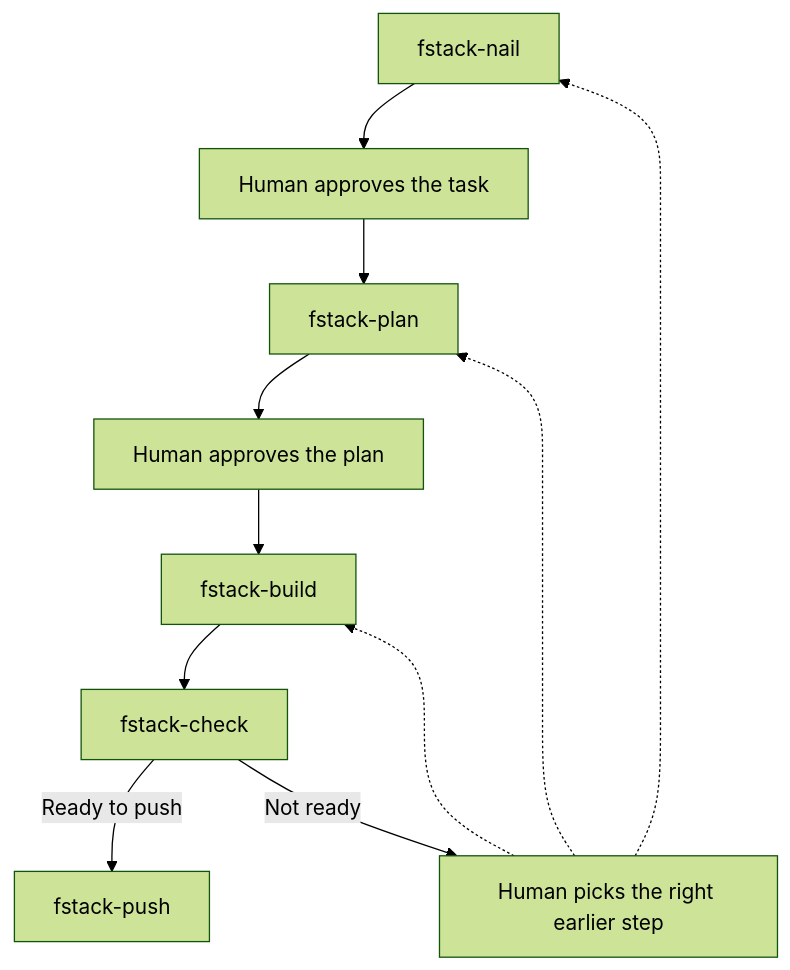
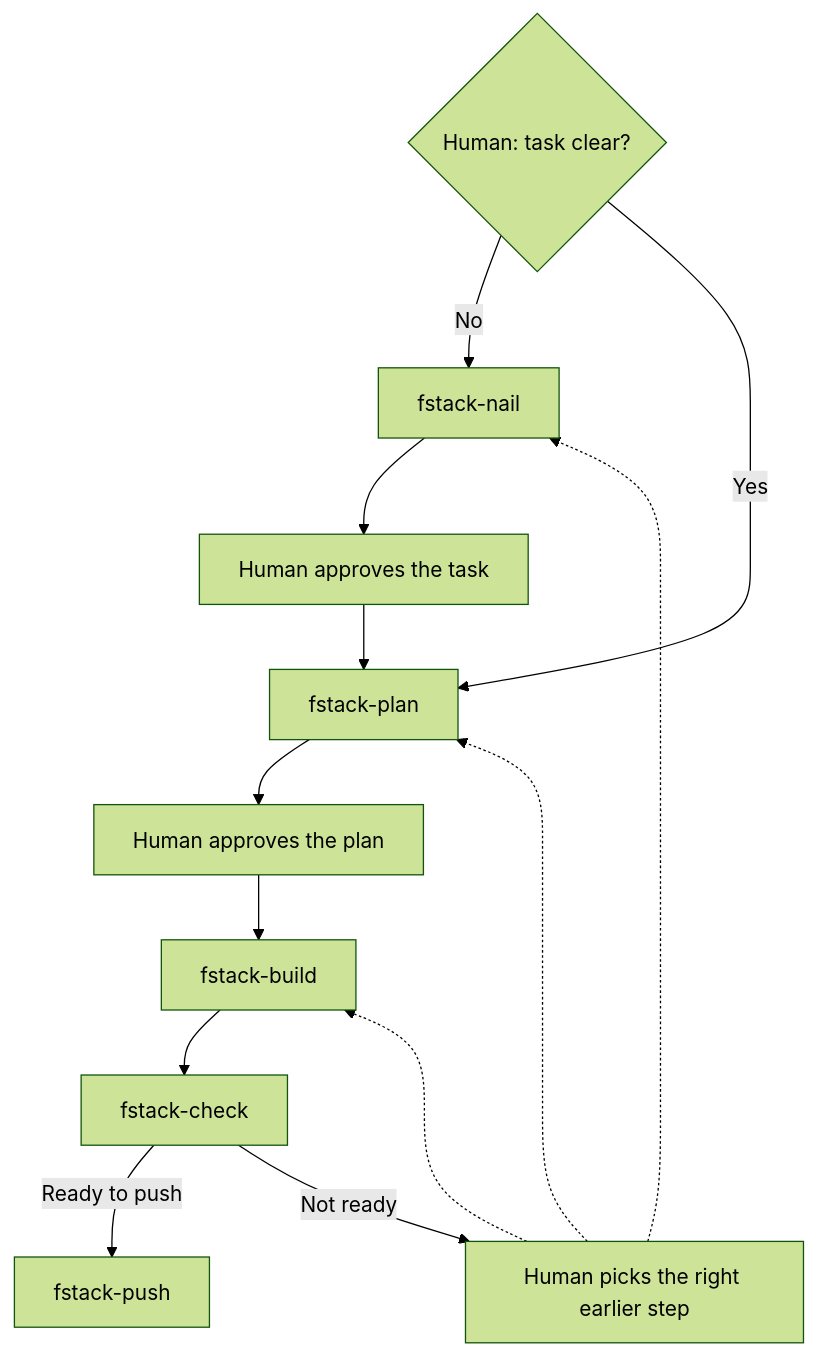
The first of 2 diagrams in README.md (flaviocopes/fstack), drawn with Mermaid (forest theme) before and after one commit. The commit also changed other lines of this file and 5 other files, not shown here.

````diff
--- a/README.md
+++ b/README.md
@@ -29,13 +29,16 @@
 ```mermaid
 flowchart TD
-    N["fstack-nail"] --> Task["Human approves the task"]
+    Start{"Human: task clear?"}
+    Start -->|No| N["fstack-nail"]
+    N --> Task["Human approves the task"]
     Task --> P["fstack-plan"]
+    Start -->|Yes| P
     P --> Plan["Human approves the plan"]
     Plan --> B["fstack-build"]
     B --> C["fstack-check"]
     C -->|Ready to push| Push["fstack-push"]
     C -->|Not ready| Earlier["Human picks the right earlier step"]
     Earlier -.-> N
     Earlier -.-> P
     Earlier -.-> B
 ```
````
